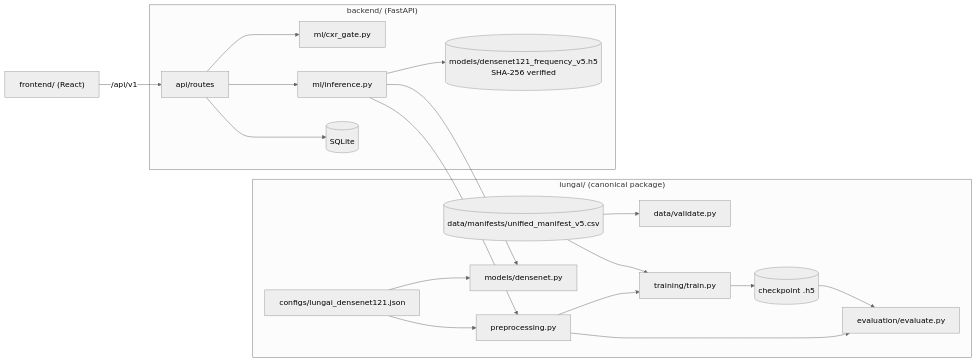
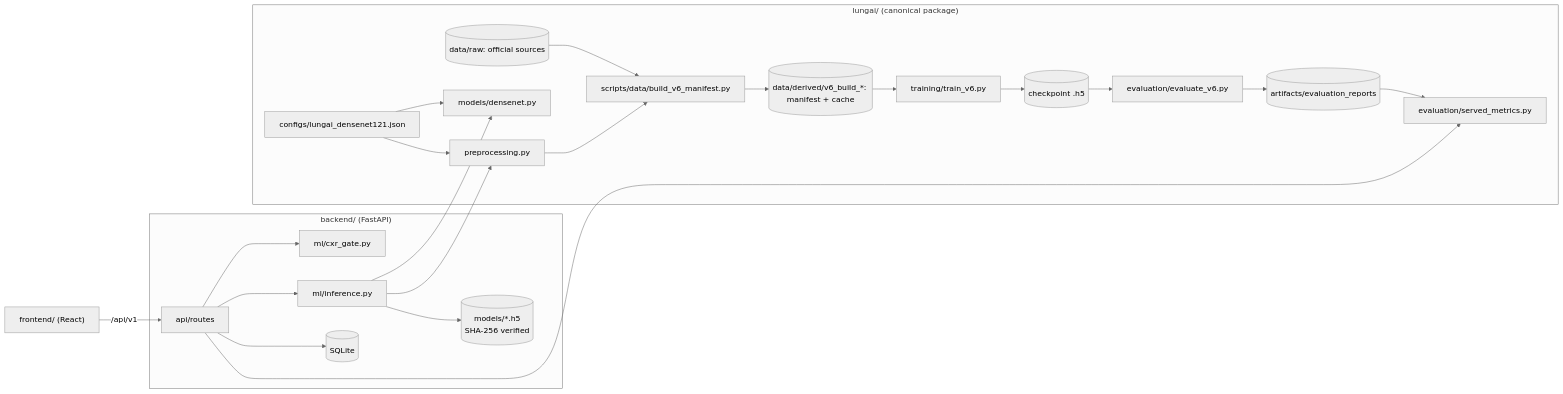
One commit to KSathwik/Lung_Disease_Detector changed the diagram in README.md. Above: the diagram before and after it, drawn with Mermaid (neutral theme). The commit also changed other lines of this file and 179 other files, not shown here.

````diff
--- a/README.md
+++ b/README.md
@@ -74,21 +72,22 @@
 ```mermaid
 flowchart LR
   subgraph Research["lungai/ (canonical package)"]
     CFG[configs/lungai_densenet121.json] --> PRE[preprocessing.py]
     CFG --> MDL[models/densenet.py]
-    MAN[(data/manifests/unified_manifest_v5.csv)] --> VAL[data/validate.py]
-    MAN --> TR[training/train.py]
-    PRE --> TR --> CK[(checkpoint .h5)]
-    CK --> EV[evaluation/evaluate.py]
-    PRE --> EV
+    SRC[(data/raw: official sources)] --> BLD[scripts/data/build_v6_manifest.py]
+    PRE --> BLD --> MAN[(data/derived/v6_build_*: manifest + cache)]
+    MAN --> TR[training/train_v6.py] --> CK[(checkpoint .h5)]
+    CK --> EV[evaluation/evaluate_v6.py] --> MET[(artifacts/evaluation_reports)]
+    MET --> SM[evaluation/served_metrics.py]
   end
   subgraph Backend["backend/ (FastAPI)"]
     API[api/routes] --> GATE[ml/cxr_gate.py]
     API --> ENG[ml/inference.py]
     ENG --> PRE
     ENG --> MDL
-    ENG --> CK2[(models/densenet121_frequency_v5.h5<br/>SHA-256 verified)]
+    ENG --> CK2[(models/*.h5<br/>SHA-256 verified)]
     API --> DB[(SQLite)]
+    API --> SM
   end
   FE["frontend/ (React)"] -- /api/v1 --> API
 ```
````
